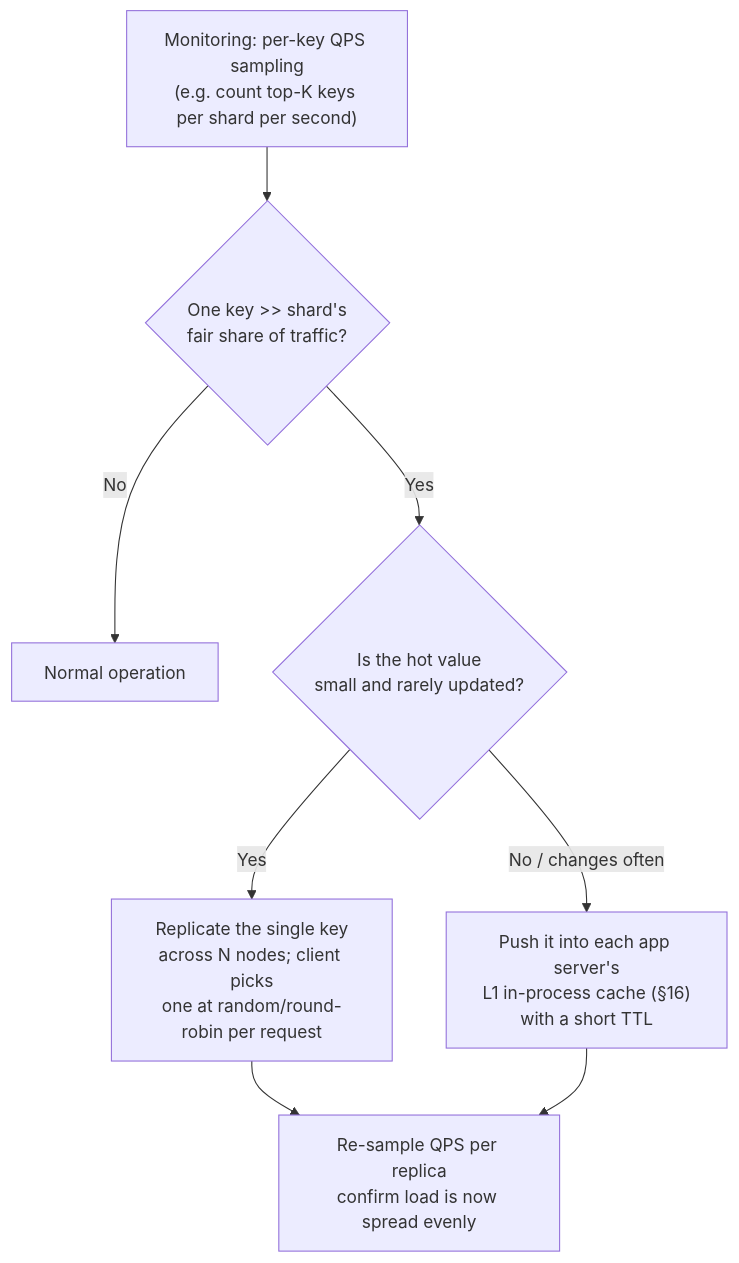
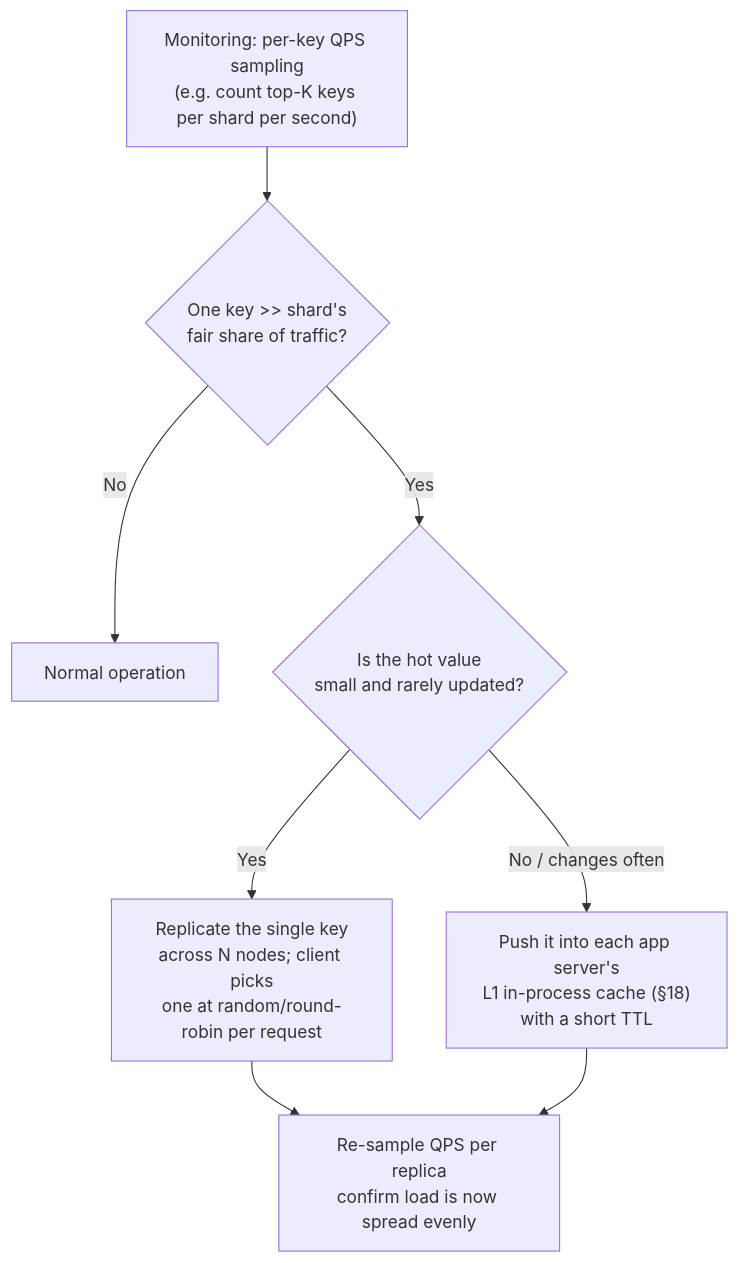
Before and after one commit to riyaz-pasha/Learnings: diagram 12 of 22 in system-design/HLD/0-course/16-Distributed-Cache-FAANG-Guide.md, drawn with Mermaid. The commit also changed other lines of this file and 70 other files, not shown here.

````diff
--- a/system-design/HLD/0-course/16-Distributed-Cache-FAANG-Guide.md
+++ b/system-design/HLD/0-course/16-Distributed-Cache-FAANG-Guide.md
@@ -346,10 +430,10 @@
 ```mermaid
 flowchart TD
     Mon["Monitoring: per-key QPS sampling\n(e.g. count top-K keys per shard per second)"] --> Detect{"One key >> shard's\nfair share of traffic?"}
     Detect -->|No| Normal["Normal operation"]
     Detect -->|Yes| Size{"Is the hot value\nsmall and rarely updated?"}
     Size -->|Yes| Replicate["Replicate the single key\nacross N nodes; client picks\none at random/round-robin per request"]
-    Size -->|"No / changes often"| L1["Push it into each app server's\nL1 in-process cache (§16)\nwith a short TTL"]
+    Size -->|"No / changes often"| L1["Push it into each app server's\nL1 in-process cache (§18)\nwith a short TTL"]
     Replicate --> Recheck["Re-sample QPS per replica\nconfirm load is now spread evenly"]
     L1 --> Recheck
 ```
````
